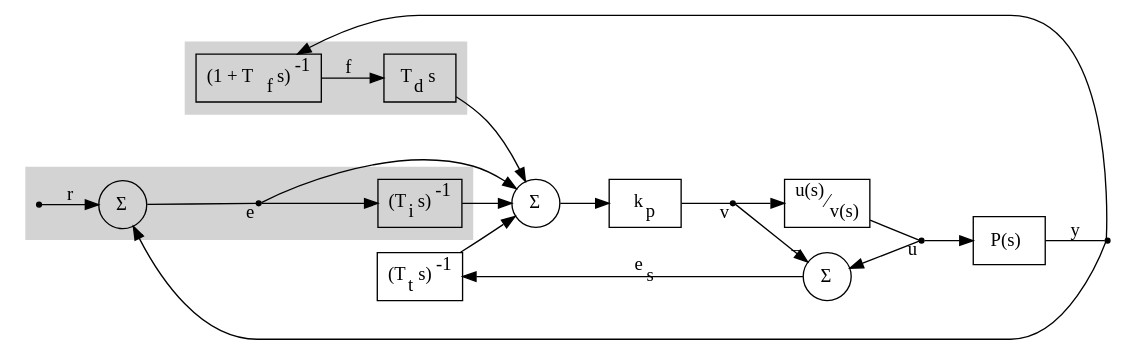
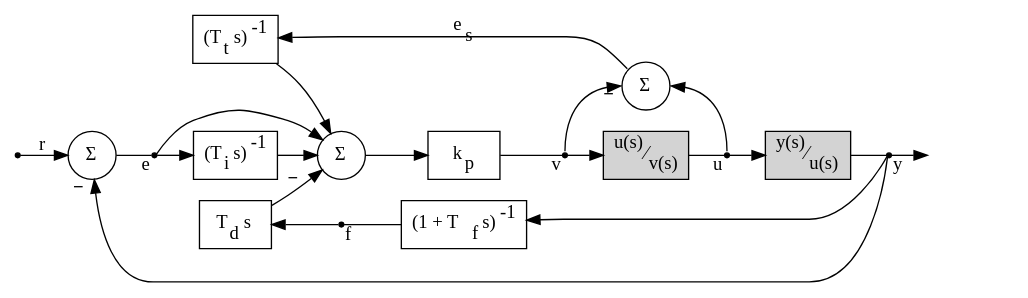
The diagram in writeups/helm.dot (RhysU/suzerain), drawn with Graphviz before and after one commit.

Commit message:
suzerain: #3012 sooo close

```diff
--- a/writeups/helm.dot
+++ b/writeups/helm.dot
@@ -1,54 +1,51 @@
 digraph g {
 
     rankdir=LR;
-    style=filled;     // DEBUG
-    color=lightgrey;  // DEBUG
+    style=invis;
+    ranksep=0.35;
+    nodesep=0.22;
 
     subgraph cluster_0 {
-        D      [shape=record, label=<T<SUB>d</SUB>&thinsp;s>];
-        filter [shape=record, label=<(1 + T<SUB>f</SUB>&thinsp;s)<SUP>-1</SUP>>];
+        e     [shape=point];
+        Ti    [shape=box,    label=<(T<SUB>i</SUB>&thinsp;s)<SUP>-1</SUP>>];
+        sum_e [shape=circle, label=<&#931;>];
     }
 
-    subgraph cluster_1 {
-        r     [shape=point];
-        sum_e [shape=circle, label=<&#931;>];
-        e     [shape=point];
-        Ii    [shape=record, label=<(T<SUB>i</SUB>&thinsp;s)<SUP>-1</SUP>>];
-    }
+    actuator [shape=box,    label=<<SUP>u(s)</SUP>&frasl;<SUB>v(s)</SUB>>, style=filled];
+    f        [shape=point];
+    kp       [shape=box,    label=<k<SUB>p</SUB>>];
+    output   [shape=none,   style=invis];
+    process  [shape=box,    label=<<SUP>y(s)</SUP>&frasl;<SUB>u(s)</SUB>>, style=filled];
+    r        [shape=point];
+    sum_es   [shape=circle, label=<&#931;>];
+    sum_kp   [shape=circle, label=<&#931;>];
+    Td       [shape=box,    label=<T<SUB>d</SUB>&thinsp;s>];
+    Tf       [shape=box,    label=<(1 + T<SUB>f</SUB>&thinsp;s)<SUP>-1</SUP>>];
+    Tt       [shape=box,    label=<(T<SUB>t</SUB>&thinsp;s)<SUP>-1</SUP>>];
+    u        [shape=point];
+    v        [shape=point];
+    y        [shape=point];
 
-    sum_gain [shape=circle, label=<&#931;>];
-    gain     [shape=record, label=<k<SUB>p</SUB>>];
-    v        [shape=point];
-    actuator [shape=record, label=<<SUP>u(s)</SUP>&frasl;<SUB>v(s)</SUB>>];
-    u        [shape=point];
-    process  [shape=record, label=<P(s)>];
-    y        [shape=point];
-    It       [shape=record, label=<(T<SUB>t</SUB>&thinsp;s)<SUP>-1</SUP>>];
-    sum_es   [shape=circle, label=<&#931;>];
-
-    actuator -> u        [arrowhead=none, headlabel=<u>];
-    filter   -> D        [label=<f>];
-    gain     -> v        [arrowhead=none, headlabel=<v>];
-    u        -> process  [];
-    v        -> actuator [];
-
-    D        -> sum_gain [];
-    It       -> sum_gain [];
-    Ii       -> sum_gain [];
-    sum_gain -> gain     [];
-
+    actuator -> u        [arrowhead=none, headlabel=<u>, weight=10];
+    e        -> sum_kp   [];
+    e        -> Ti       [];
+    f        -> Tf       [dir=back, arrowtail=none, taillabel=<f>];
+    kp       -> v        [arrowhead=none, headlabel=<v>, weight=10];
+    process  -> y        [weight=10, arrowhead=none];
     r        -> sum_e    [label=<r>];
     sum_e    -> e        [arrowhead=none, headlabel=<e>];
-    e        -> Ii       [];
-
-    e        -> sum_gain [];
-
-    It       -> sum_es   [dir=back, label=<e<SUB>s</SUB>>];
-    sum_es   -> u        [dir=back];
-    v        -> sum_es   [headlabel=<&#8722;>];
-
-    process  -> y        [arrowhead=none, label=<y>, weight=1];
-    filter   -> y        [dir=back];
-    sum_e    -> y        [dir=back, taillabel=<&#8722;>];
+    sum_es   -> u        [dir=back, headport=n, tailport=e];
+    sum_e    -> y        [dir=back, taillabel=<<B>&#8722;&thinsp;</B>>];
+    sum_kp   -> kp       [weight=10];
+    Td       -> f        [dir=back];
+    Td       -> sum_kp   [headlabel=<<B>&#8722;&ensp;&ensp;</B>>];
+    Tf       -> y        [dir=back];
+    Ti       -> sum_kp   [];
+    Tt       -> sum_es   [dir=back, label=<e<SUB>s</SUB>>, headport=nw];
+    Tt       -> sum_kp   [];
+    u        -> process  [weight=10];
+    v        -> actuator [weight=10];
+    v        -> sum_es   [headlabel=<<B>&#8722;</B>>, tailport=n, headport=w];
+    y        -> output   [taillabel=<y>];
 
 }
```
